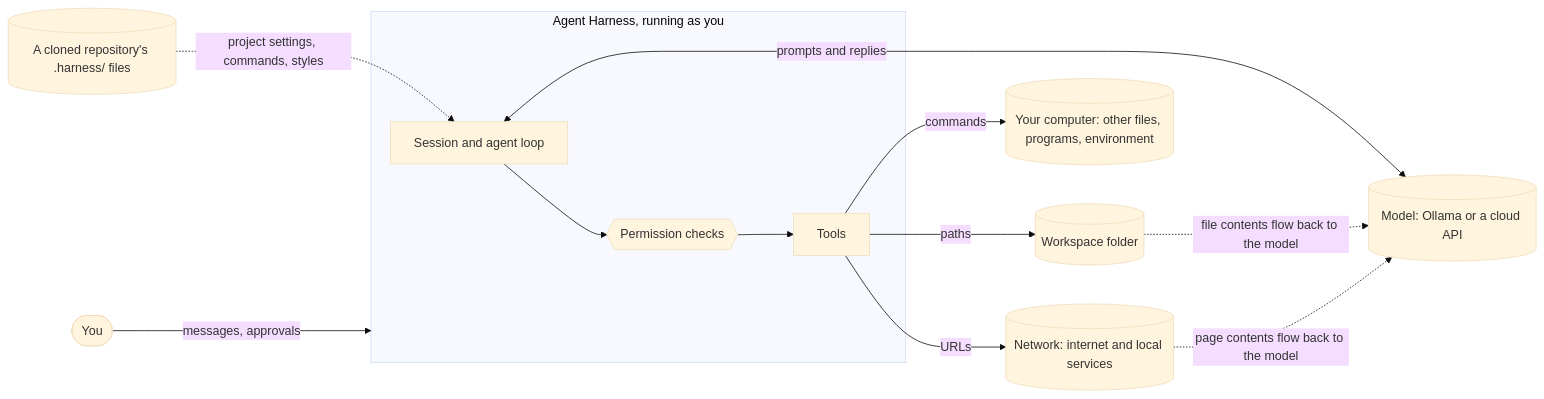
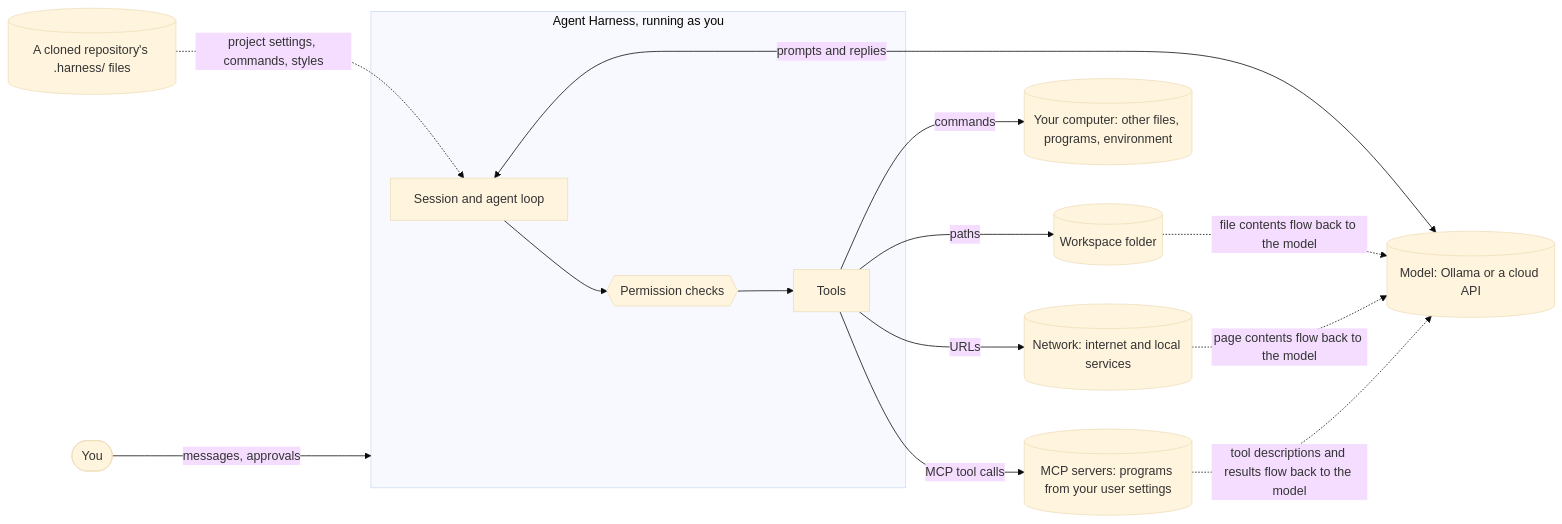
One commit to havish-coder/agent-harness changed the first of 2 diagrams in docs/security.md. Above: the diagram before and after it, drawn with Mermaid (base theme). The commit also changed other lines of this file and 19 other files, not shown here.

First line of the commit message:
Lesson 51: MCP servers, tools that live in other programs

````diff
--- a/docs/security.md
+++ b/docs/security.md
@@ -27,15 +27,17 @@
 ```mermaid
 flowchart LR
     U([You]) -->|messages, approvals| H
     subgraph H[Agent Harness, running as you]
         S[Session and agent loop] --> P{{Permission checks}}
         P --> T[Tools]
     end
     S <-->|prompts and replies| M[(Model: Ollama or a cloud API)]
     T -->|paths| W[(Workspace folder)]
     T -->|commands| OS[(Your computer: other files, programs, environment)]
     T -->|URLs| N[(Network: internet and local services)]
+    T -->|MCP tool calls| MC[(MCP servers: programs from your user settings)]
     R[(A cloned repository's .harness/ files)] -.->|project settings, commands, styles| S
     W -.->|file contents flow back to the model| M
     N -.->|page contents flow back to the model| M
+    MC -.->|tool descriptions and results flow back to the model| M
 ```
````
